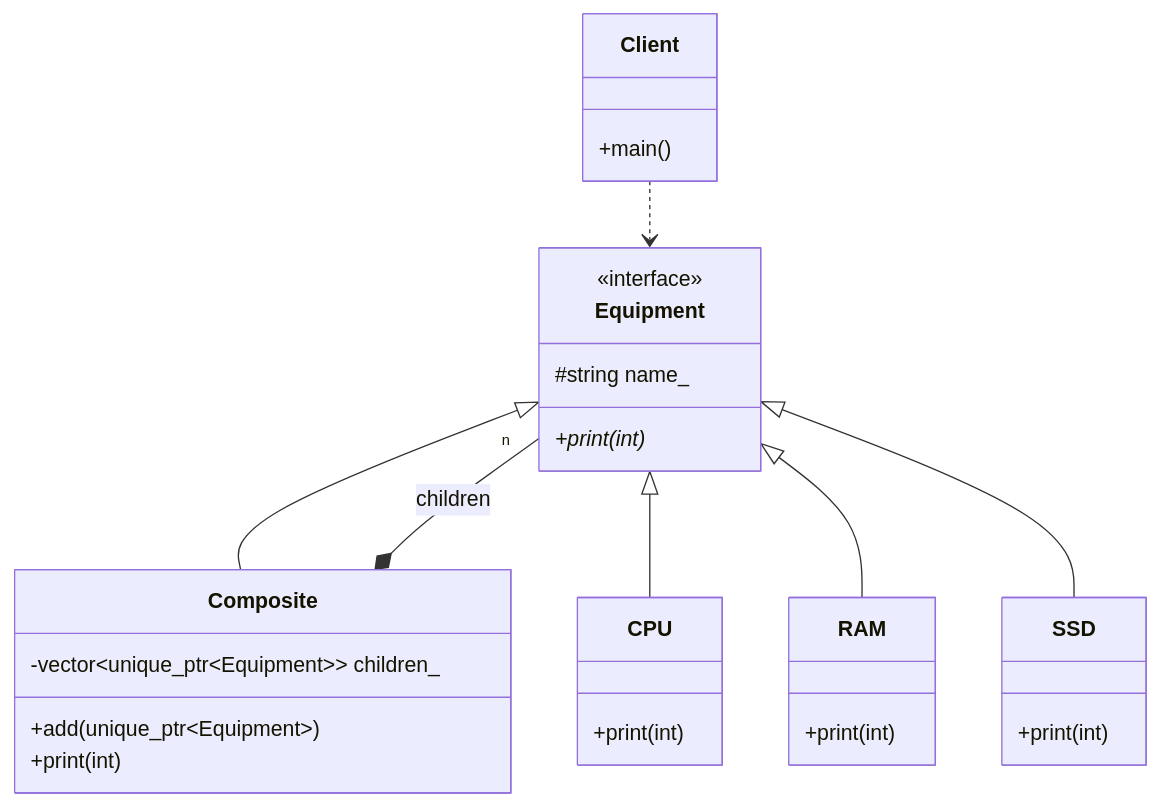
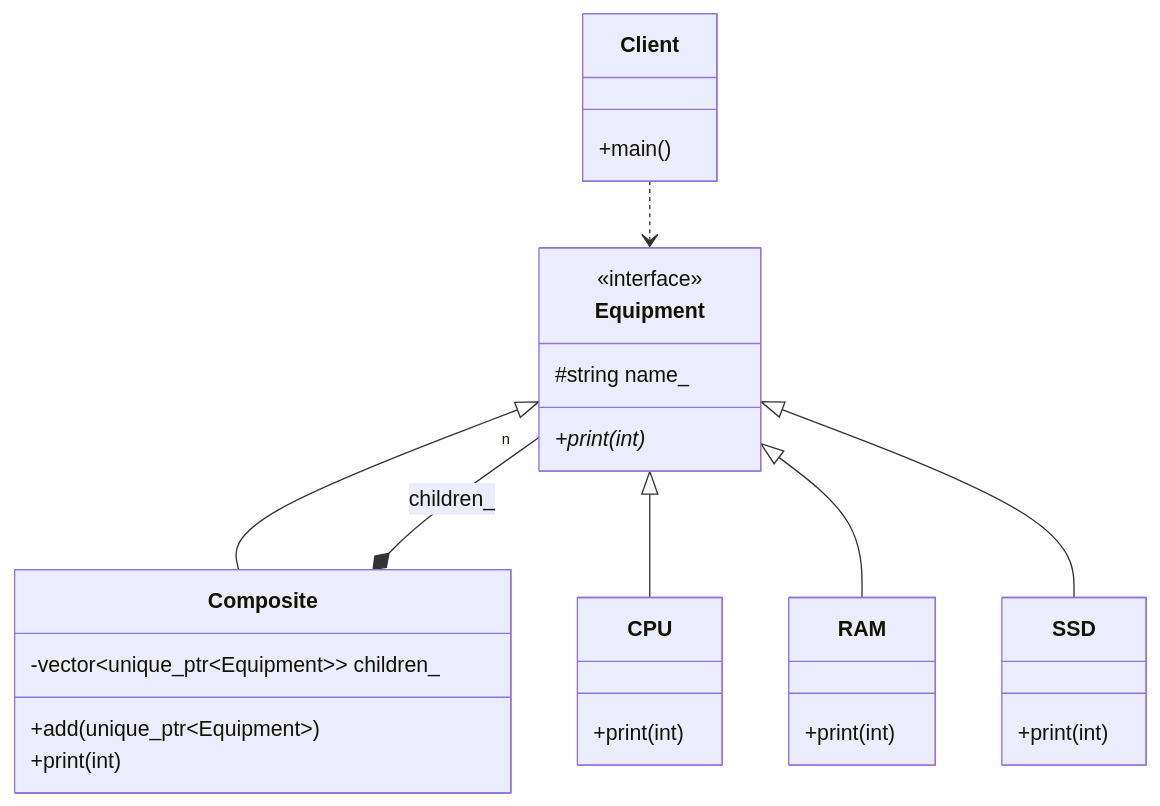
One commit to Cichlidfishexigency721/Modern-CPP-Design-Patterns changed the diagram in 10_Composite/README.md. Above: the diagram before and after it, drawn with Mermaid. The commit also changed 1 other file, not shown here.

Commit message:
UML improvement

````diff
--- a/10_Composite/README.md
+++ b/10_Composite/README.md
@@ -46,42 +46,42 @@
 ```mermaid
 classDiagram
    class Equipment {
       <<interface>>
       #string name_
       +print(int)*
    }
 
    class CPU {
       +print(int)
    }
 
    class RAM {
       +print(int)
    }
 
    class SSD {
       +print(int)
    }
 
    class Composite {
       -vector~unique_ptr~Equipment~~ children_
       +add(unique_ptr~Equipment~)
       +print(int)
    }
 
    class Client {
       +main()
    }
 
    %% Inheritance (Is_a) - No numbers
    Equipment <|-- Composite
    Equipment <|-- CPU
    Equipment <|-- RAM
    Equipment <|-- SSD
 
    %% Composition (Has_a) - Multiplicity "n" at the end
-   Composite *-- "n" Equipment : children
+   Composite *-- "n" Equipment : children_
 
    %% Dependency - No numbers
    Client ..> Equipment
 ```
````
